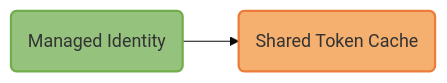
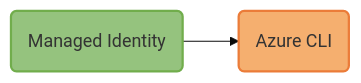
One commit to MicrosoftDocs/azure-dev-docs changed the diagram in articles/python/sdk/includes/mermaidjs/chained-token-credential-auth-flow.md. Above: the diagram before and after it, drawn with Mermaid. The commit also changed 8 other files, not shown here.

Commit message:
Some fixes: use AzureCliCredential instead of SharedTokenCacheCredential for ChainedTokenCredential examples, fix bad api reference links, remove VisualStudioCode credential from examples

````diff
--- a/articles/python/sdk/includes/mermaidjs/chained-token-credential-auth-flow.md
+++ b/articles/python/sdk/includes/mermaidjs/chained-token-credential-auth-flow.md
@@ -6,24 +6,24 @@
 ```mermaid
 %% STEPS TO GENERATE IMAGE
 %% =======================
 %% 1. Install mermaid CLI v10.9.1 (see https://github.com/mermaid-js/mermaid-cli/blob/master/README.md):
 %%    npm i -g @mermaid-js/mermaid-cli@10.9.1
 %% 2. Run command: mmdc -i chained-token-credential-auth-flow.md -o ../../media/mermaidjs/chained-token-credential-auth-flow.svg
 
 %%{
   init: {
     'theme': 'base',
     'themeVariables': {
       'tertiaryBorderColor': '#fff',
       'tertiaryColor': '#fff'
     }
   }
 }%%
 
 flowchart LR;
-    C(Managed Identity):::deployed --> D(Shared Token Cache):::developer;
+    C(Managed Identity):::deployed --> D(Azure CLI):::developer;
 
     %% Define styles for credential type boxes
     classDef deployed fill:#95C37E, stroke:#71AD4C, stroke-width:2px;
     classDef developer fill:#F5AF6F, stroke:#EB7C39, stroke-width:2px;
 ```
````
